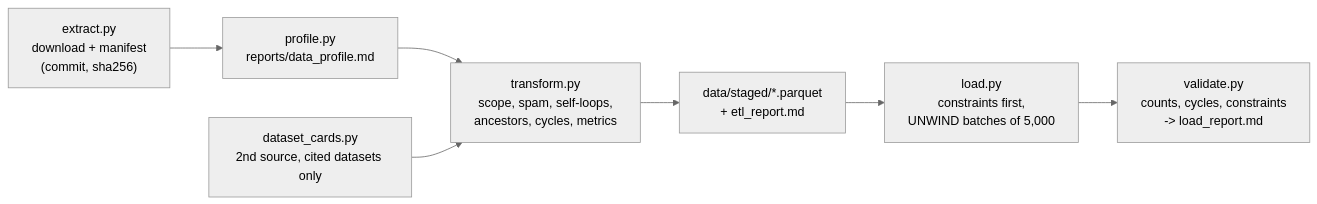
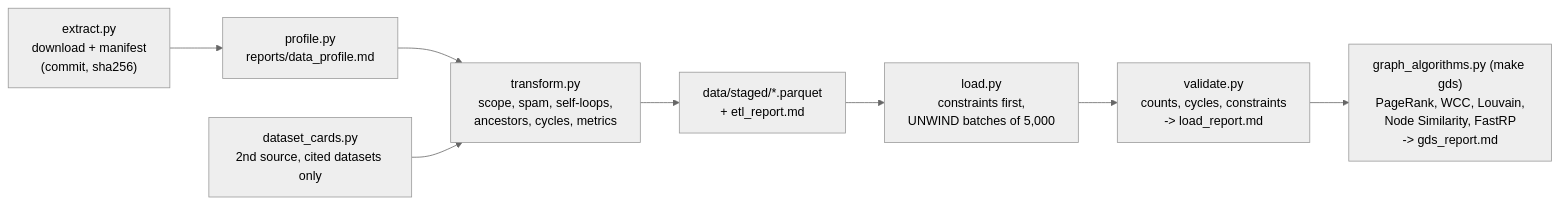
Before and after one commit to mariusrang/ModelAtlas: the third of 3 diagrams in docs/architecture.md, drawn with Mermaid (neutral theme). The commit also changed 1 other file, not shown here.

Commit message:
docs: explain why GDS results are properties and add the GDS step to the pipeline

````diff
--- a/docs/architecture.md
+++ b/docs/architecture.md
@@ -50,9 +50,10 @@
 ```mermaid
 flowchart LR
     a["extract.py<br/>download + manifest<br/>(commit, sha256)"] --> b["profile.py<br/>reports/data_profile.md"]
     b --> c["transform.py<br/>scope, spam, self-loops,<br/>ancestors, cycles, metrics"]
     d["dataset_cards.py<br/>2nd source, cited datasets only"] --> c
     c --> e["data/staged/*.parquet<br/>+ etl_report.md"]
     e --> f["load.py<br/>constraints first,<br/>UNWIND batches of 5,000"]
     f --> g["validate.py<br/>counts, cycles, constraints<br/>-> load_report.md"]
+    g --> h["graph_algorithms.py (make gds)<br/>PageRank, WCC, Louvain,<br/>Node Similarity, FastRP<br/>-> gds_report.md"]
 ```
````
